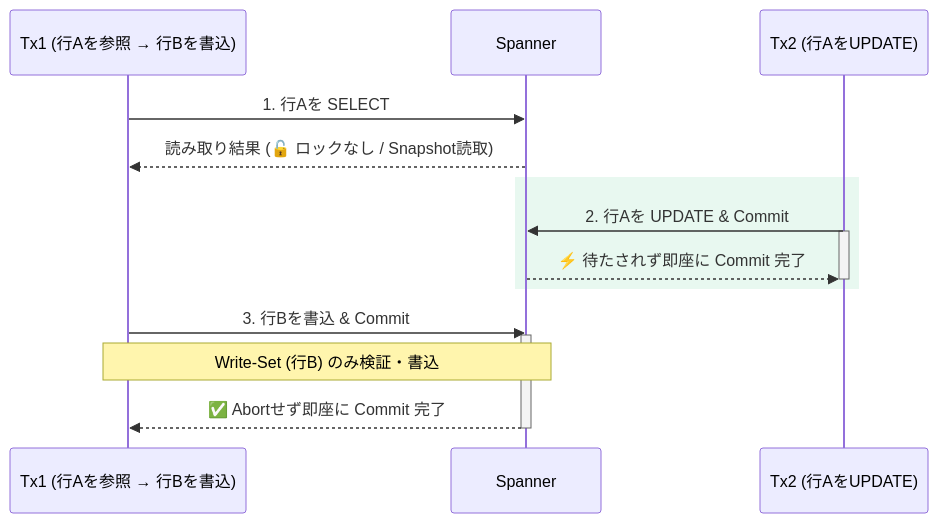
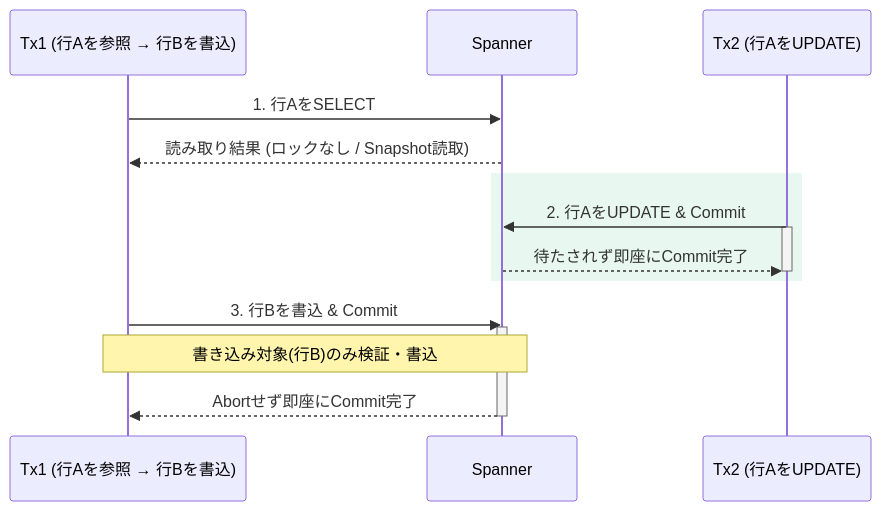
The second of 4 diagrams in articles/b112447edb6af8.md (michity15169/zenn-content), drawn with Mermaid before and after one commit. The commit also changed other lines of this file and 3 other files, not shown here.

Commit message:
Apply tech-article-review-loop fixes and regenerate benchmark charts

````diff
--- a/articles/b112447edb6af8.md
+++ b/articles/b112447edb6af8.md
@@ -104,22 +103,22 @@
 ```mermaid
 sequenceDiagram
     participant Tx1 as Tx1 (行Aを参照 → 行Bを書込)
     participant Spanner as Spanner
     participant Tx2 as Tx2 (行AをUPDATE)
 
-    Tx1->>Spanner: 1. 行Aを SELECT
-    Spanner-->>Tx1: 読み取り結果 (🔓 ロックなし / Snapshot読取)
+    Tx1->>Spanner: 1. 行AをSELECT
+    Spanner-->>Tx1: 読み取り結果 (ロックなし / Snapshot読取)
 
     rect rgb(232, 248, 240)
-        Tx2->>Spanner: 2. 行Aを UPDATE & Commit
+        Tx2->>Spanner: 2. 行AをUPDATE & Commit
         activate Tx2
-        Spanner-->>Tx2: ⚡ 待たされず即座に Commit 完了
+        Spanner-->>Tx2: 待たされず即座にCommit完了
         deactivate Tx2
     end
 
     Tx1->>Spanner: 3. 行Bを書込 & Commit
     activate Spanner
-    Note over Tx1,Spanner: Write-Set (行B) のみ検証・書込
-    Spanner-->>Tx1: ✅ Abortせず即座に Commit 完了
+    Note over Tx1,Spanner: 書き込み対象(行B)のみ検証・書込
+    Spanner-->>Tx1: Abortせず即座にCommit完了
     deactivate Spanner
 ```
````
